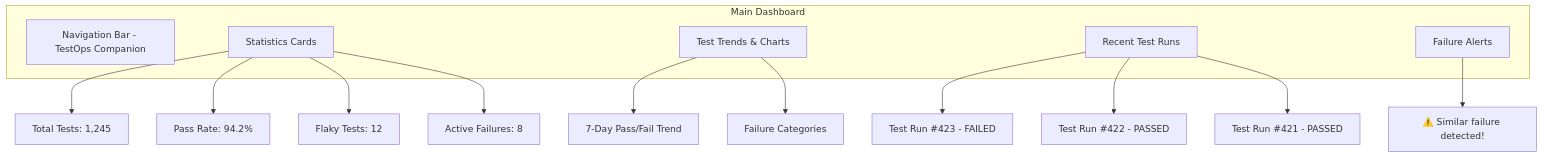
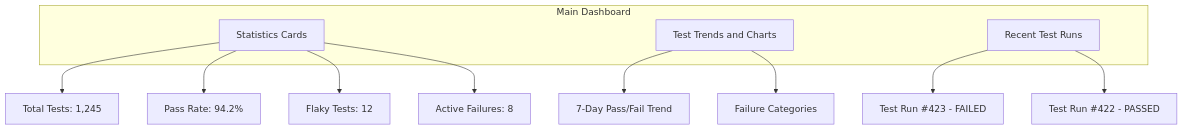
The fourth of 5 diagrams in docs/DEMO.md (rayalon1984/testops-copilot), drawn with Mermaid before and after one commit. The commit also changed other lines of this file and 5 other files, not shown here.

First line of the commit message:
docs: comprehensive documentation overhaul — README, DEMO, HOW_IT_WORKS, CHANGELOG, ROADMAP

````diff
--- a/docs/DEMO.md
+++ b/docs/DEMO.md
@@ -11,24 +199,19 @@
 ```mermaid
 graph TD
     subgraph Dashboard["Main Dashboard"]
-        Header[Navigation Bar - TestOps Companion]
         Stats[Statistics Cards]
-        Charts[Test Trends & Charts]
+        Charts[Test Trends and Charts]
         Recent[Recent Test Runs]
-        Alerts[Failure Alerts]
     end
 
     Stats --> Card1[Total Tests: 1,245]
     Stats --> Card2[Pass Rate: 94.2%]
     Stats --> Card3[Flaky Tests: 12]
     Stats --> Card4[Active Failures: 8]
 
     Charts --> LineChart[7-Day Pass/Fail Trend]
     Charts --> PieChart[Failure Categories]
 
     Recent --> Run1[Test Run #423 - FAILED]
     Recent --> Run2[Test Run #422 - PASSED]
-    Recent --> Run3[Test Run #421 - PASSED]
-
-    Alerts --> Alert1[⚠️ Similar failure detected!]
 ```
````
